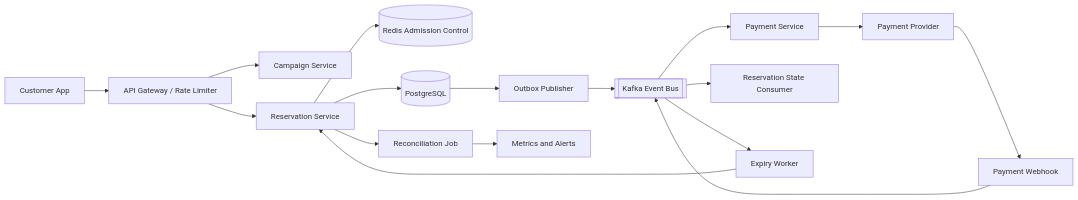
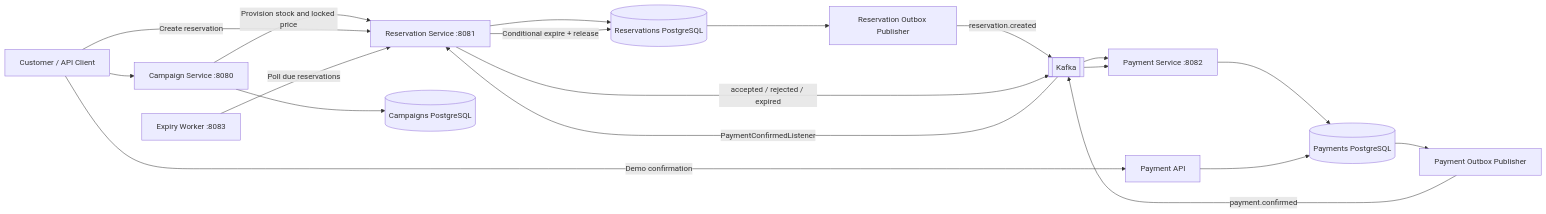
One commit to yaumulmajid/zero-oversell-commerce changed the diagram in docs/architecture/high-level-design.md. Above: the diagram before and after it, drawn with Mermaid. The commit also changed other lines of this file and 73 other files, not shown here.

Commit message:
Connect campaign reservation payment and expiry flows

````diff
--- a/docs/architecture/high-level-design.md
+++ b/docs/architecture/high-level-design.md
@@ -9,19 +9,21 @@
 ```mermaid
 flowchart LR
-  Customer[Customer App] --> Edge[API Gateway / Rate Limiter]
-  Edge --> Campaign[Campaign Service]
-  Edge --> Reserve[Reservation Service]
-  Reserve --> Redis[(Redis Admission Control)]
-  Reserve --> PG[(PostgreSQL)]
-  PG --> Outbox[Outbox Publisher]
-  Outbox --> Kafka[[Kafka Event Bus]]
-  Kafka --> Payment[Payment Service]
-  Payment --> PSP[Payment Provider]
-  PSP --> Hook[Payment Webhook]
-  Hook --> Kafka
-  Kafka --> Worker[Reservation State Consumer]
-  Kafka --> Expiry[Expiry Worker]
-  Expiry --> Reserve
-  Reserve --> Reconcile[Reconciliation Job]
-  Reconcile --> Ops[Metrics and Alerts]
+  Customer[Customer / API Client] --> CampaignAPI[Campaign Service :8080]
+  CampaignAPI -->|Provision stock and locked price| ReservationAPI[Reservation Service :8081]
+  Customer -->|Create reservation| ReservationAPI
+  ReservationAPI --> RDB[(Reservations PostgreSQL)]
+  RDB --> ROutbox[Reservation Outbox Publisher]
+  ROutbox -->|reservation.created| Kafka[[Kafka]]
+  Kafka --> PaymentConsumer[Payment Service :8082]
+  PaymentConsumer --> PDB[(Payments PostgreSQL)]
+  Customer -->|Demo confirmation| PaymentAPI[Payment API]
+  PaymentAPI --> PDB
+  PDB --> POutbox[Payment Outbox Publisher]
+  POutbox -->|payment.confirmed| Kafka
+  Kafka -->|PaymentConfirmedListener| ReservationAPI
+  ReservationAPI -->|accepted / rejected / expired| Kafka
+  Kafka --> PaymentConsumer
+  Expiry[Expiry Worker :8083] -->|Poll due reservations| ReservationAPI
+  ReservationAPI -->|Conditional expire + release| RDB
+  CampaignAPI --> CDB[(Campaigns PostgreSQL)]
 ```
````
